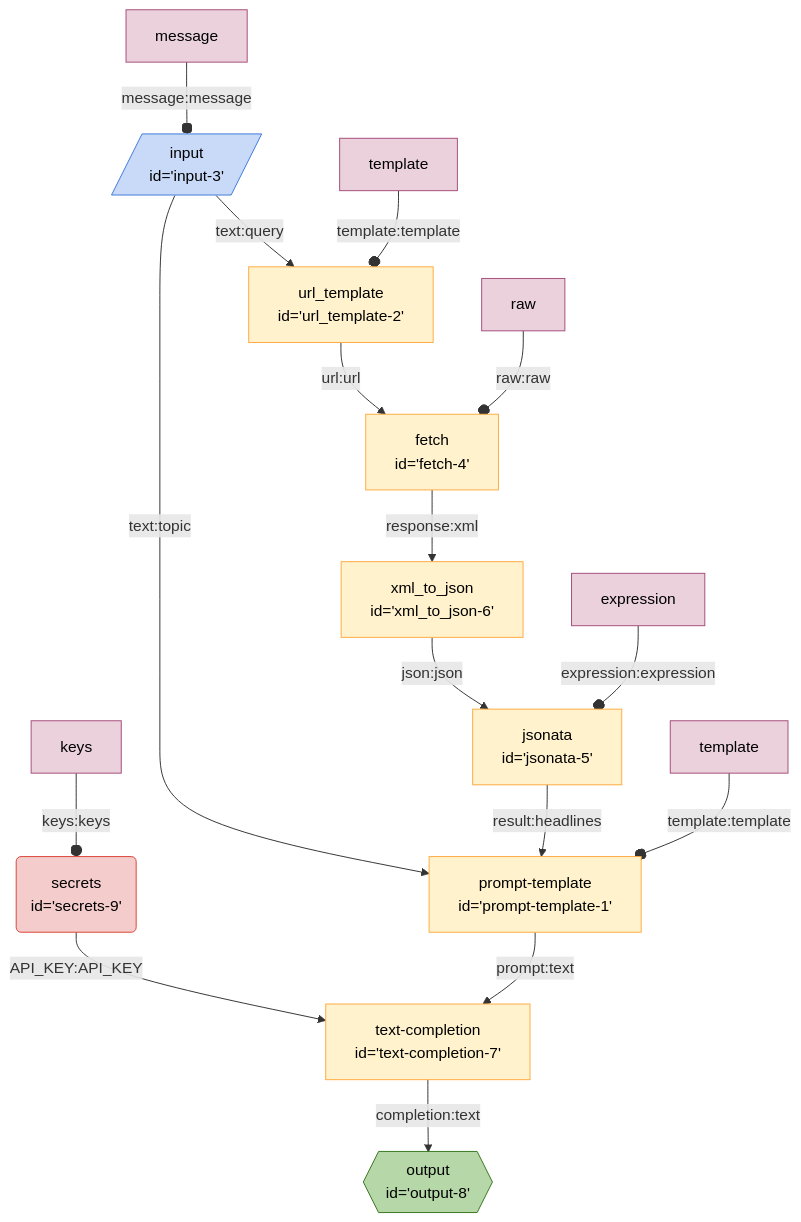
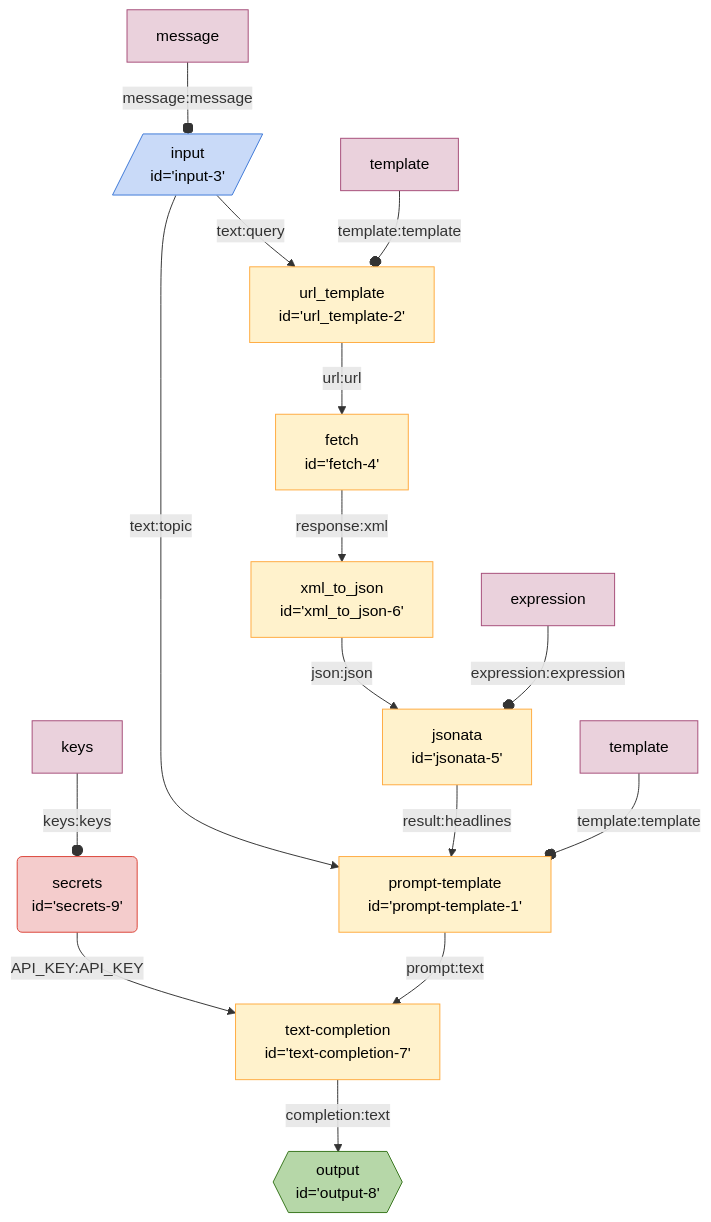
Before and after one commit to breadboard-ai/breadboard: the diagram in seeds/breadboard/examples/google-news.md, drawn with Mermaid. The commit also changed 6 other files, not shown here.

````diff
--- a/seeds/breadboard/examples/google-news.md
+++ b/seeds/breadboard/examples/google-news.md
@@ -3,45 +3,44 @@
 ```mermaid
 %%{init: 'themeVariables': { 'fontFamily': 'Fira Code, monospace' }}%%
 graph TD;
 input3[/"input
 id='input-3'"/]:::input -- text:topic --> prompttemplate1["prompt-template
 id='prompt-template-1'"]
 input3[/"input
 id='input-3'"/]:::input -- text:query --> url_template2["url_template
 id='url_template-2'"]
 url_template2["url_template
 id='url_template-2'"] -- url:url --> fetch4["fetch
 id='fetch-4'"]
 jsonata5["jsonata
 id='jsonata-5'"] -- result:headlines --> prompttemplate1["prompt-template
 id='prompt-template-1'"]
 xml_to_json6["xml_to_json
 id='xml_to_json-6'"] -- json:json --> jsonata5["jsonata
 id='jsonata-5'"]
 fetch4["fetch
 id='fetch-4'"] -- response:xml --> xml_to_json6["xml_to_json
 id='xml_to_json-6'"]
 textcompletion7["text-completion
 id='text-completion-7'"] -- completion:text --> output8{{"output
 id='output-8'"}}:::output
 secrets9("secrets
 id='secrets-9'"):::secrets -- API_KEY:API_KEY --> textcompletion7["text-completion
 id='text-completion-7'"]
 prompttemplate1["prompt-template
 id='prompt-template-1'"] -- prompt:text --> textcompletion7["text-completion
 id='text-completion-7'"]
 templateprompttemplate1[template]:::config -- template:template --o prompttemplate1
 templateurl_template2[template]:::config -- template:template --o url_template2
 messageinput3[message]:::config -- message:message --o input3
-rawfetch4[raw]:::config -- raw:raw --o fetch4
 expressionjsonata5[expression]:::config -- expression:expression --o jsonata5
 keyssecrets9[keys]:::config -- keys:keys --o secrets9
 classDef default stroke:#ffab40,fill:#fff2ccff,color:#000
 classDef input stroke:#3c78d8,fill:#c9daf8ff,color:#000
 classDef output stroke:#38761d,fill:#b6d7a8ff,color:#000
 classDef passthrough stroke:#a64d79,fill:#ead1dcff,color:#000
 classDef slot stroke:#a64d79,fill:#ead1dcff,color:#000
 classDef config stroke:#a64d79,fill:#ead1dcff,color:#000
 classDef secrets stroke:#db4437,fill:#f4cccc,color:#000
 classDef slotted stroke:#a64d79
 ```
````
